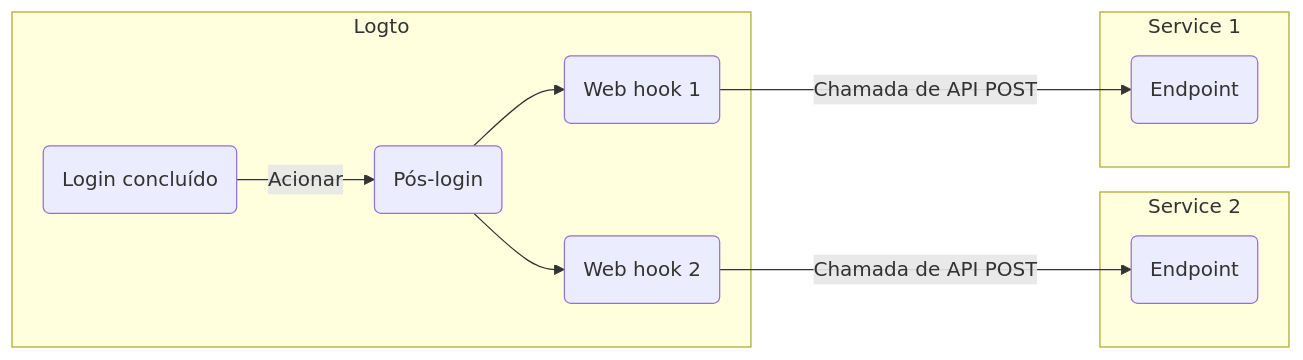
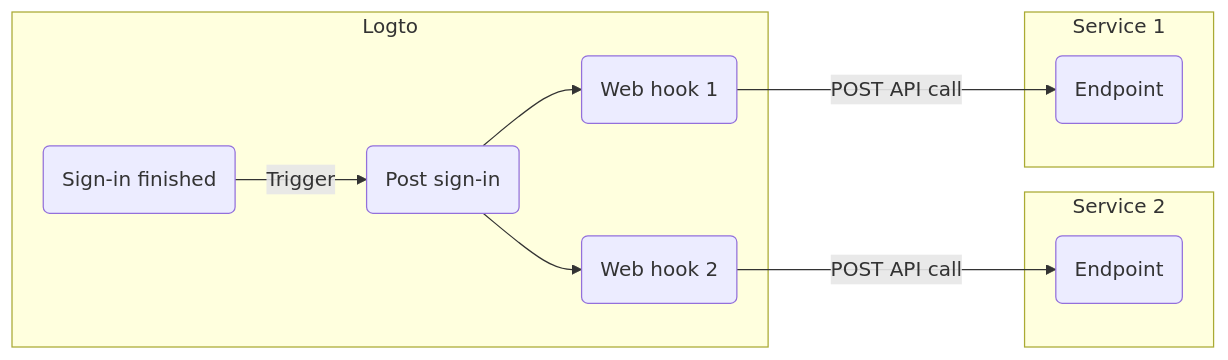
One commit to logto-io/docs changed the diagram in i18n/pt-BR/docusaurus-plugin-content-docs/current/developers/webhooks/README.mdx. Above: the diagram before and after it, drawn with Mermaid. The commit also changed other lines of this file and 428 other files, not shown here.

````diff
--- a/i18n/pt-BR/docusaurus-plugin-content-docs/current/developers/webhooks/README.mdx
+++ b/i18n/pt-BR/docusaurus-plugin-content-docs/current/developers/webhooks/README.mdx
@@ -36,24 +36,24 @@
 ```mermaid
 graph LR
   subgraph Logto
-    SF(Login concluído)
-    PS(Pós-login)
+    SF(Sign-in finished)
+    PS(Post sign-in)
     WH2(Web hook 2)
     WH1(Web hook 1)
   end
 
   subgraph Service 2
     E2(Endpoint)
   end
 
   subgraph Service 1
     E1(Endpoint)
   end
 
-  SF -->|Acionar| PS
+  SF -->|Trigger| PS
   PS --> WH1
   PS --> WH2
-  WH1 --->|Chamada de API POST| E1
-  WH2 --->|Chamada de API POST| E2
+  WH1 --->|POST API call| E1
+  WH2 --->|POST API call| E2
 
 ```
````
